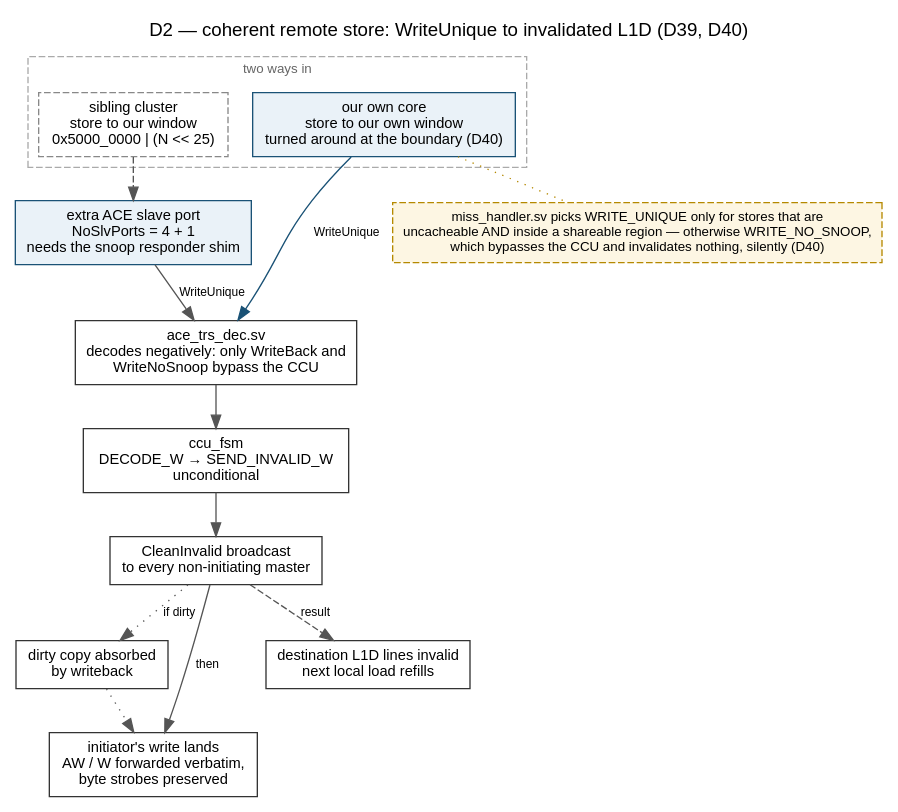
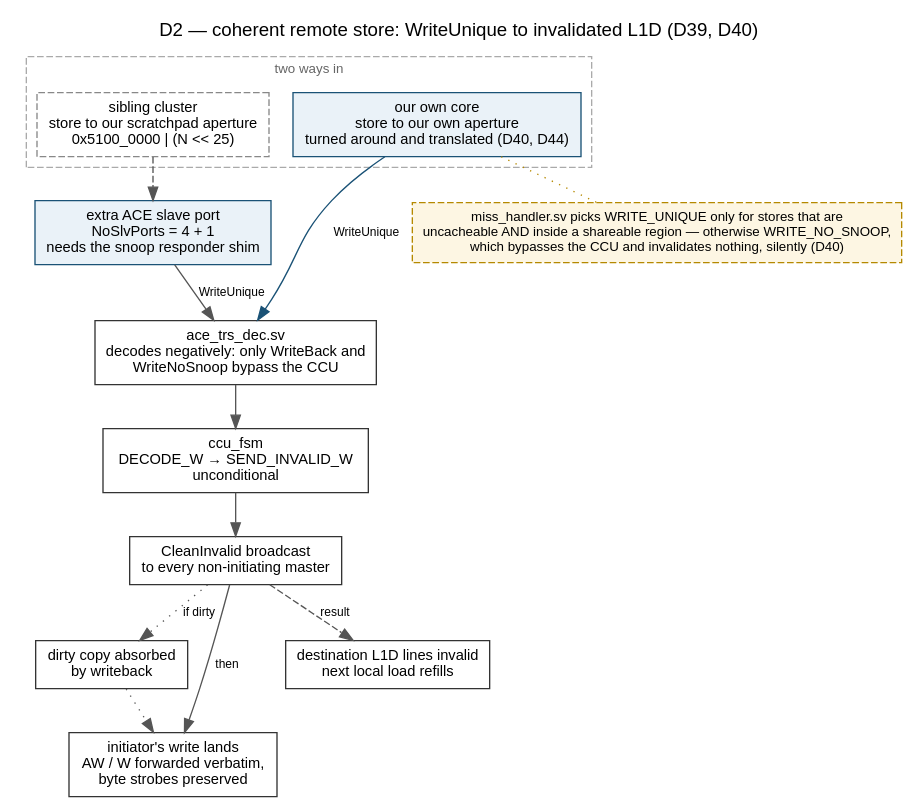
One commit to bddinechin/cva6-multi changed the diagram in docs/diagrams/D2-remote-store-path.dot. Above: the diagram before and after it, drawn with Graphviz. The commit also changed 19 other files, not shown here.

```diff
--- a/docs/diagrams/D2-remote-store-path.dot
+++ b/docs/diagrams/D2-remote-store-path.dot
@@ -1,49 +1,50 @@
 // SPDX-License-Identifier: Apache-2.0
 // D2 — what a coherent remote store does inside the cluster. Established from the Culsans RTL
-// and recorded in D39; the self-turnaround entry point is D40. Rendered by ./build-diagrams.sh.
+// and recorded in D39; the self-turnaround entry point is D40, and D44 makes the scratchpad
+// aperture the target. Rendered by ./build-diagrams.sh.
 digraph D2 {
   rankdir=TB;   // tall rather than wide: it has seven ranks and has to fit a page
   ranksep=0.45;
   bgcolor="white";
   fontname="Arial";
   labelloc="t";
   label="D2 — coherent remote store: WriteUnique to invalidated L1D (D39, D40)";
   node [shape=box, style=filled, fillcolor="#ffffff", color="#333333",
         fontname="Arial", fontsize=11, margin="0.14,0.08"];
   edge [color="#555555", fontname="Arial", fontsize=9];
 
   subgraph cluster_in {
     label="two ways in"; fontname="Arial"; fontsize=10; fontcolor="#666666";
     color="#aaaaaa"; style=dashed;
-    sibling [label="sibling cluster\nstore to our window\n0x5000_0000 | (N << 25)",
+    sibling [label="sibling cluster\nstore to our scratchpad aperture\n0x5100_0000 | (N << 25)",
              style="filled,dashed", color="#888888"];
-    self    [label="our own core\nstore to our own window\nturned around at the boundary (D40)",
+    self    [label="our own core\nstore to our own aperture\nturned around and translated (D40, D44)",
              fillcolor="#eaf2f8", color="#1a5276"];
   }
 
   port [label="extra ACE slave port\nNoSlvPorts = 4 + 1\nneeds the snoop responder shim",
         fillcolor="#eaf2f8", color="#1a5276"];
 
   dec [label="ace_trs_dec.sv\ndecodes negatively: only WriteBack and\nWriteNoSnoop bypass the CCU"];
   fsm [label="ccu_fsm\nDECODE_W → SEND_INVALID_W\nunconditional"];
   inv [label="CleanInvalid broadcast\nto every non-initiating master"];
   wb  [label="dirty copy absorbed\nby writeback"];
   land [label="initiator's write lands\nAW / W forwarded verbatim,\nbyte strobes preserved"];
   l1d [label="destination L1D lines invalid\nnext local load refills"];
 
   sibling -> port [style=dashed];
   self -> dec [label="WriteUnique", color="#1a5276"];
   port -> dec [label="WriteUnique"];
   dec -> fsm;
   fsm -> inv;
   inv -> wb   [style=dotted, label="if dirty"];
   wb  -> land [style=dotted];
   inv -> land [label="then"];
   inv -> l1d  [style=dashed, label="result"];
 
   // The attribute that decides whether any of this happens at all.
   note [shape=box, style="filled,dashed", fillcolor="#fdf6e3", color="#b58900",
         fontsize=10,
         label="miss_handler.sv picks WRITE_UNIQUE only for stores that are\nuncacheable AND inside a shareable region — otherwise WRITE_NO_SNOOP,\nwhich bypasses the CCU and invalidates nothing, silently (D40)"];
   self -> note [style=dotted, color="#b58900", arrowhead=none];
 }
```
